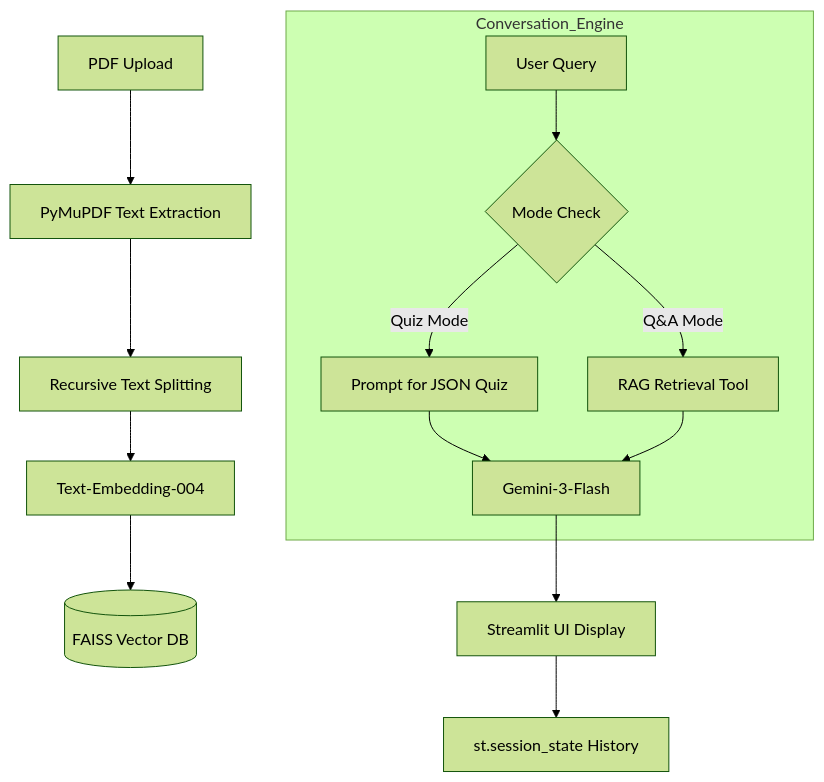
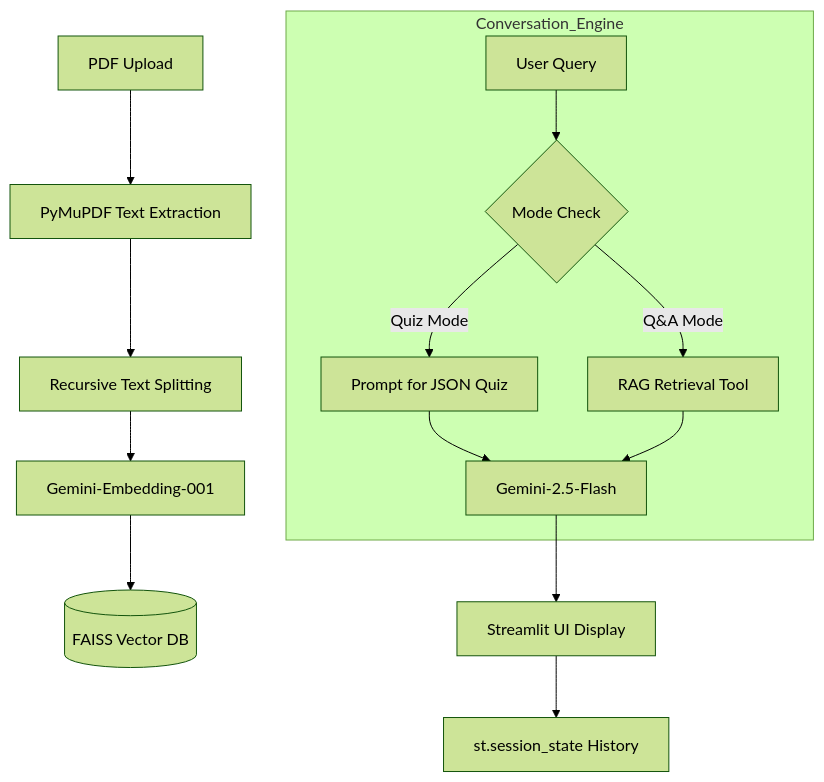
One commit to phoodul/langchain-quiz-chatbot changed the diagram in ARCHITECTURE.md. Above: the diagram before and after it, drawn with Mermaid (forest theme). The commit also changed other lines of this file and 7 other files, not shown here.

````diff
--- a/ARCHITECTURE.md
+++ b/ARCHITECTURE.md
@@ -7,18 +7,18 @@
 ```mermaid
 graph TD
     A[PDF Upload] --> B[PyMuPDF Text Extraction]
     B --> C[Recursive Text Splitting]
-    C --> D[Text-Embedding-004]
+    C --> D[Gemini-Embedding-001]
     D --> E[(FAISS Vector DB)]
     
     subgraph Conversation_Engine
         F[User Query] --> G{Mode Check}
         G -- Quiz Mode --> H[Prompt for JSON Quiz]
         G -- Q&A Mode --> I[RAG Retrieval Tool]
-        H --> J[Gemini-3-Flash]
+        H --> J[Gemini-2.5-Flash]
         I --> J
     end
     
     J --> K[Streamlit UI Display]
     K --> L[st.session_state History]
 ```
````
